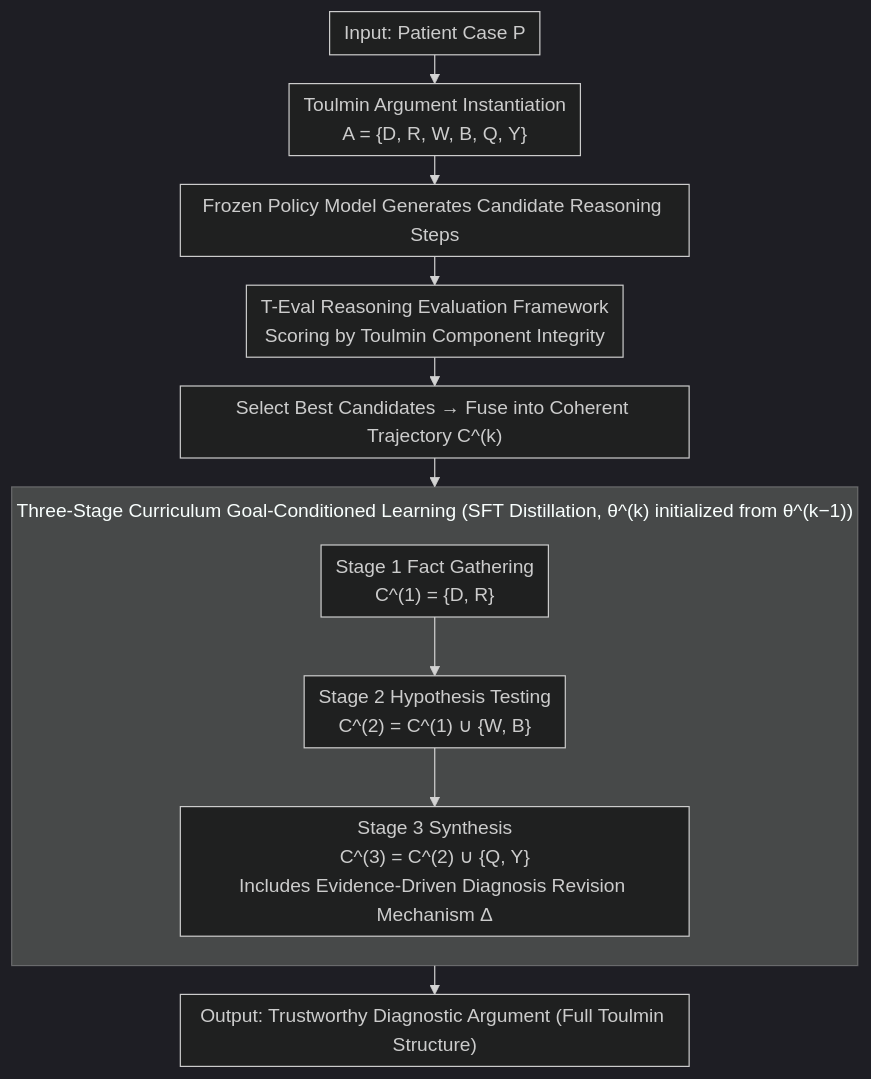
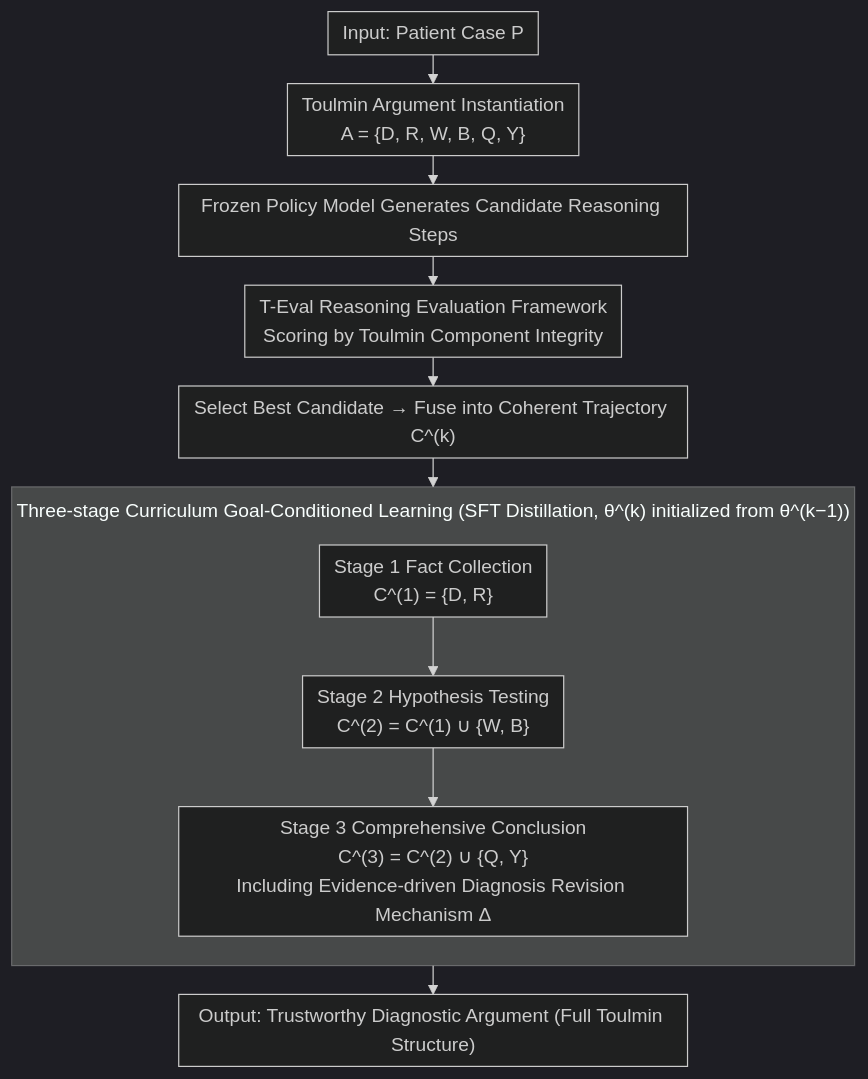
The diagram in docs/ACL2026/medical_nlp/from_answers_to_arguments_toward_trustworthy_clinical_diagnostic_reasoning_with_.md (zhaoyang97/Paper-Notes-en), drawn with Mermaid (dark theme) before and after one commit. The commit also changed other lines of this file and 5084 other files, not shown here.

````diff
--- a/docs/ACL2026/medical_nlp/from_answers_to_arguments_toward_trustworthy_clinical_diagnostic_reasoning_with_.md
+++ b/docs/ACL2026/medical_nlp/from_answers_to_arguments_toward_trustworthy_clinical_diagnostic_reasoning_with_.md
@@ -42,15 +42,15 @@
 ```mermaid
 %%{init: {'flowchart': {'rankSpacing': 24, 'nodeSpacing': 28, 'padding': 6, 'wrappingWidth': 400, 'subGraphTitleMargin': {'top': 8, 'bottom': 16}}}}%%
 flowchart TD
     P["Input: Patient Case P"] --> TM["Toulmin Argument Instantiation<br/>A = {D, R, W, B, Q, Y}"]
     TM --> GEN["Frozen Policy Model Generates Candidate Reasoning Steps"]
     GEN --> TEVAL["T-Eval Reasoning Evaluation Framework<br/>Scoring by Toulmin Component Integrity"]
-    TEVAL --> SEL["Select Best Candidates → Fuse into Coherent Trajectory C^(k)"]
+    TEVAL --> SEL["Select Best Candidate → Fuse into Coherent Trajectory C^(k)"]
     SEL --> CUR
-    subgraph CUR["Three-Stage Curriculum Goal-Conditioned Learning (SFT Distillation, θ^(k) initialized from θ^(k−1))"]
+    subgraph CUR["Three-stage Curriculum Goal-Conditioned Learning (SFT Distillation, θ^(k) initialized from θ^(k−1))"]
         direction TB
-        S1["Stage 1 Fact Gathering<br/>C^(1) = {D, R}"] --> S2["Stage 2 Hypothesis Testing<br/>C^(2) = C^(1) ∪ {W, B}"]
-        S2 --> S3["Stage 3 Synthesis<br/>C^(3) = C^(2) ∪ {Q, Y}<br/>Includes Evidence-Driven Diagnosis Revision Mechanism Δ"]
+        S1["Stage 1 Fact Collection<br/>C^(1) = {D, R}"] --> S2["Stage 2 Hypothesis Testing<br/>C^(2) = C^(1) ∪ {W, B}"]
+        S2 --> S3["Stage 3 Comprehensive Conclusion<br/>C^(3) = C^(2) ∪ {Q, Y}<br/>Including Evidence-driven Diagnosis Revision Mechanism Δ"]
     end
     CUR --> OUT["Output: Trustworthy Diagnostic Argument (Full Toulmin Structure)"]
 ```
````
